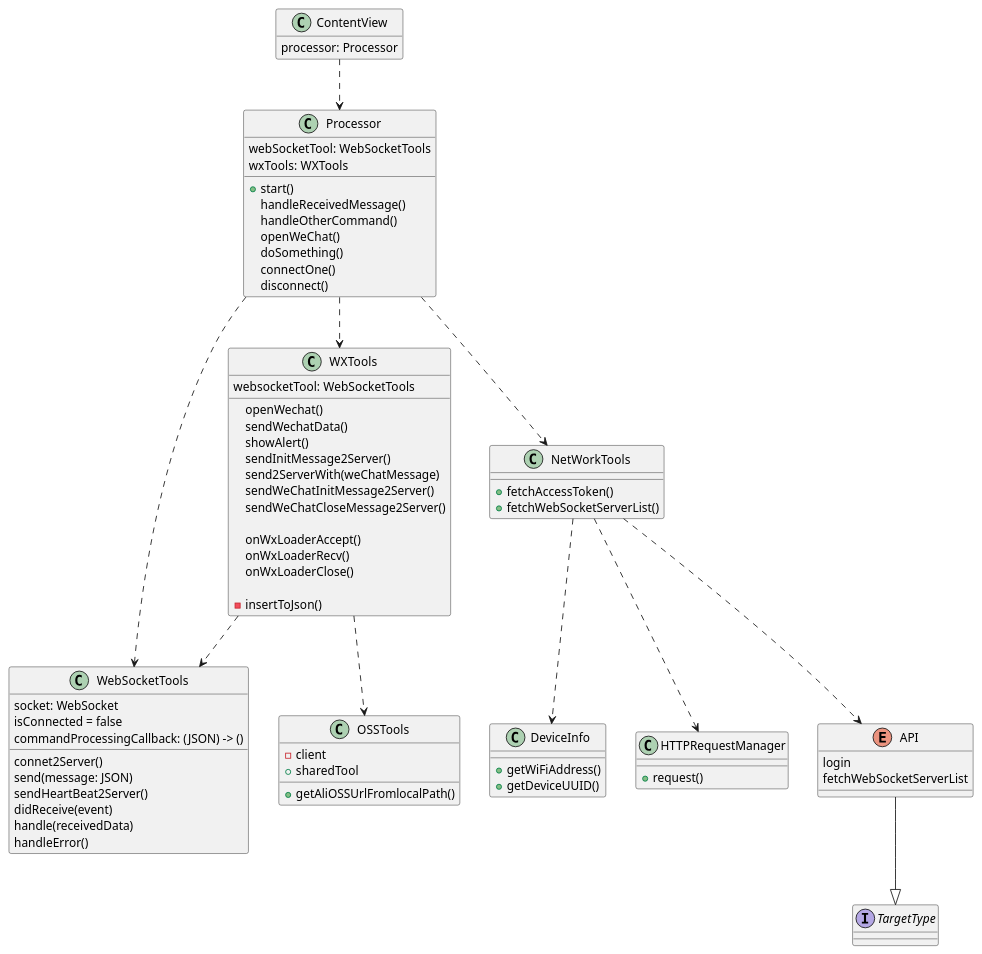
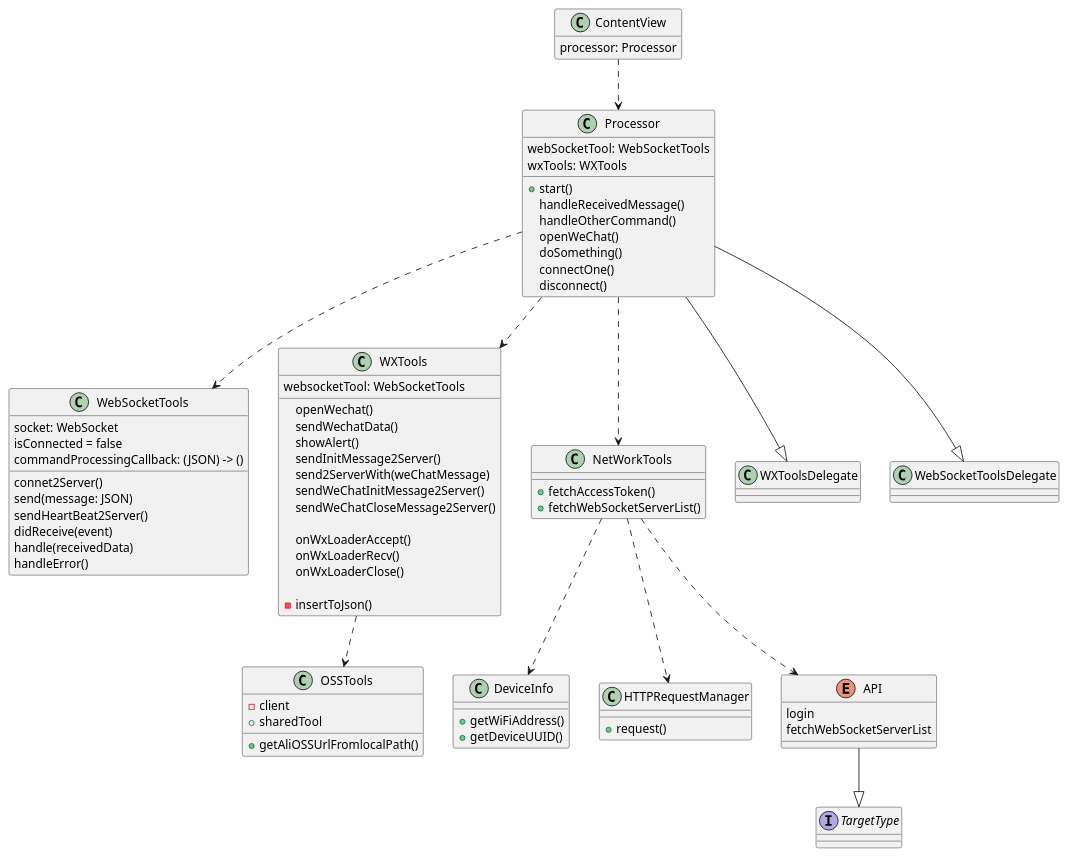
Before and after one commit to Eaffy/PlantUMLs: the diagram in pumls/agentClient.puml, drawn with PlantUML.

Commit message:
update agentClient

```diff
--- a/pumls/agentClient.puml
+++ b/pumls/agentClient.puml
@@ -1,89 +1,91 @@
 @startuml
 class ContentView {
   processor: Processor
 }
 hide ContentView methods
 
 class Processor {
   webSocketTool: WebSocketTools
   wxTools: WXTools
 
   +start()
   handleReceivedMessage()
   handleOtherCommand()
   openWeChat()
   doSomething()
   connectOne()
   disconnect()
 }
 
 class WebSocketTools {
   socket: WebSocket
   isConnected = false
   {field} commandProcessingCallback: (JSON) -> ()
 
   connet2Server()
   send(message: JSON)
   sendHeartBeat2Server()
   didReceive(event)
   handle(receivedData)
   handleError()
 }
 
 class WXTools {
   websocketTool: WebSocketTools
   
   openWechat()
   sendWechatData()
   showAlert()
   sendInitMessage2Server()
   send2ServerWith(weChatMessage)
   sendWeChatInitMessage2Server()
   sendWeChatCloseMessage2Server()
   
   onWxLoaderAccept()
   onWxLoaderRecv()
   onWxLoaderClose()
   
   -insertToJson()
 }
 
 class OSSTools {
   -client
   +sharedTool
   
   +getAliOSSUrlFromlocalPath()
 }
 
 class NetWorkTools {
   +fetchAccessToken()
   +fetchWebSocketServerList()
 }
 
 class DeviceInfo {
   +getWiFiAddress()
   +getDeviceUUID()
 }
 
 class HTTPRequestManager {
   +request()
 }
 
 enum API {
   login
   fetchWebSocketServerList
 }
 
 Interface TargetType
 
 ContentView ..> Processor
 Processor ..> WebSocketTools
 Processor ..> WXTools
 Processor ..> NetWorkTools
+
+Processor --|> WXToolsDelegate
+Processor --|> WebSocketToolsDelegate
 NetWorkTools ..> API
 NetWorkTools ..> DeviceInfo
 NetWorkTools ..> HTTPRequestManager
 API --|> TargetType
-WXTools ..> WebSocketTools
 WXTools ..> OSSTools
 @enduml
```
